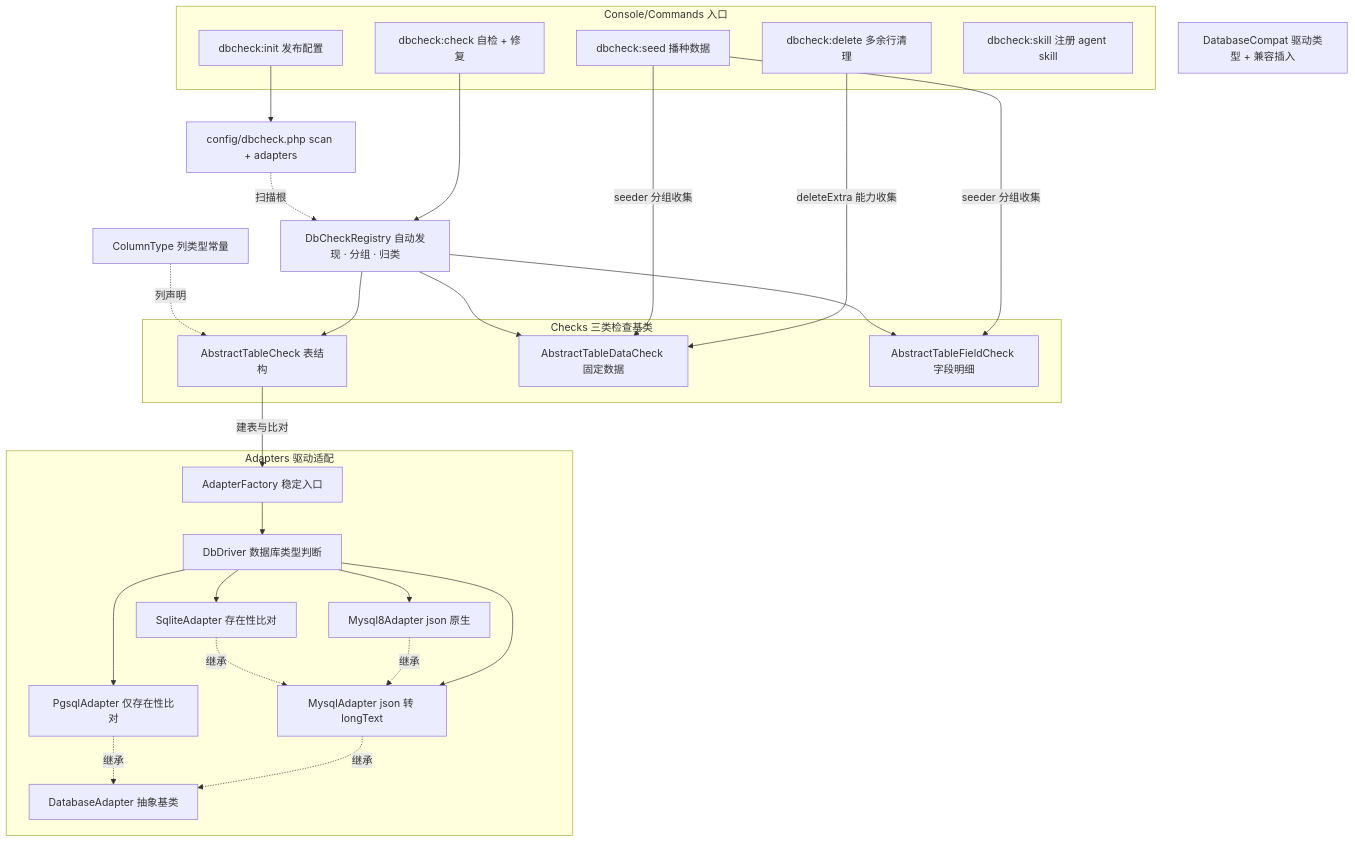
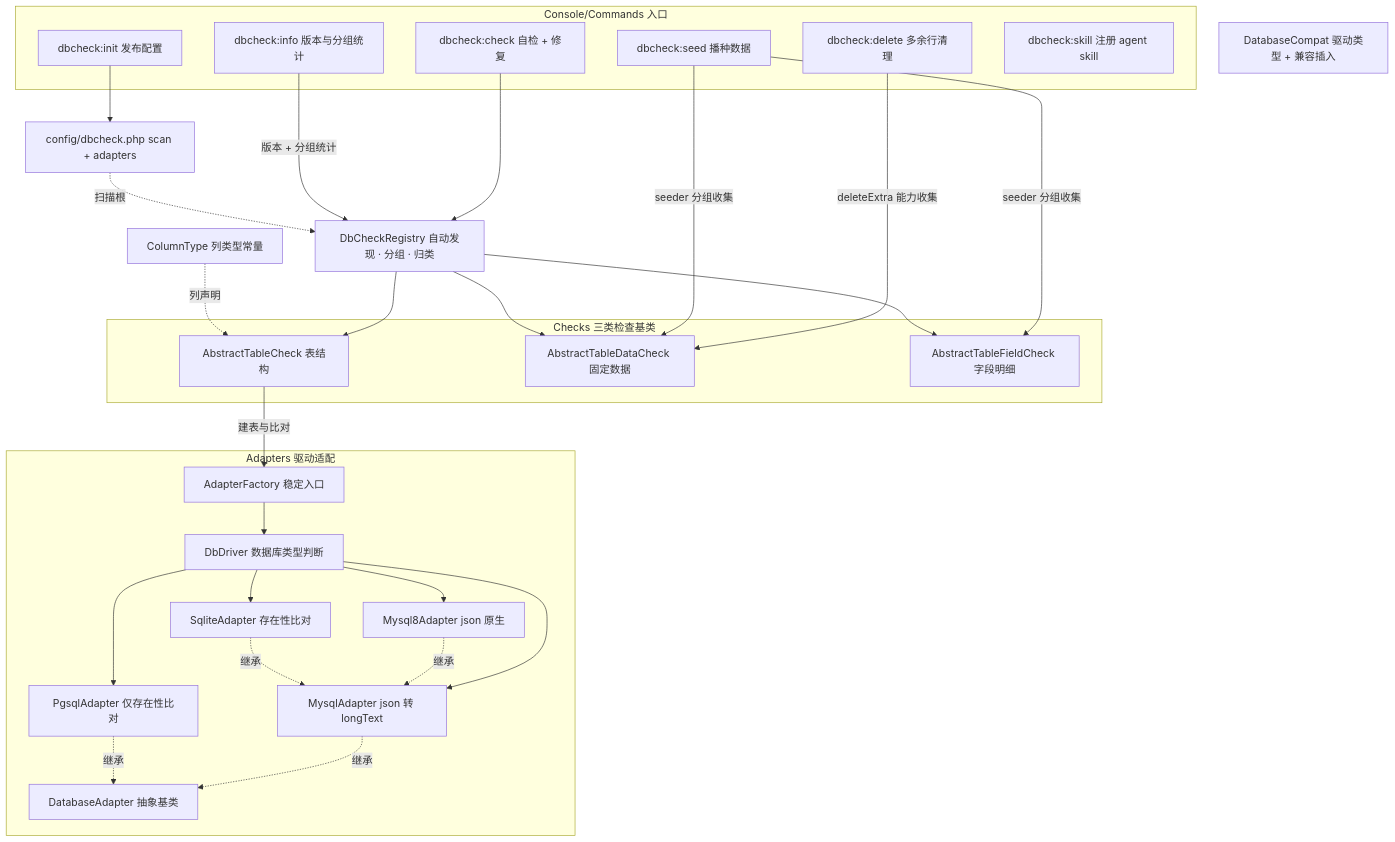
Before and after one commit to dongasai/dbcheck: the diagram in AGENTS.md, drawn with Mermaid. The commit also changed other lines of this file and 9 other files, not shown here.

First line of the commit message:
feat(dbcheck): 新增 dbcheck:info 命令（版本信息 + 检查器分组统计），发布 1.0.5

````diff
--- a/AGENTS.md
+++ b/AGENTS.md
@@ -11,50 +11,52 @@
 ```mermaid
 flowchart TD
     subgraph Commands["Console/Commands 入口"]
         CHECK["dbcheck:check 自检 + 修复"]
         DELETE["dbcheck:delete 多余行清理"]
         SEED["dbcheck:seed 播种数据"]
+        INFO["dbcheck:info 版本与分组统计"]
         INIT["dbcheck:init 发布配置"]
         SKILL["dbcheck:skill 注册 agent skill"]
     end
 
     REG["DbCheckRegistry 自动发现 · 分组 · 归类"]
 
     subgraph ChecksThree["Checks 三类检查基类"]
         TABLE["AbstractTableCheck 表结构"]
         DATA["AbstractTableDataCheck 固定数据"]
         FIELD["AbstractTableFieldCheck 字段明细"]
     end
 
     subgraph Adapters["Adapters 驱动适配"]
         FACTORY["AdapterFactory 稳定入口"]
         DBDRIVER["DbDriver 数据库类型判断"]
         M8["Mysql8Adapter json 原生"]
         MY["MysqlAdapter json 转 longText"]
         PG["PgsqlAdapter 仅存在性比对"]
         SQ["SqliteAdapter 存在性比对"]
         BASE["DatabaseAdapter 抽象基类"]
     end
 
     CFG["config/dbcheck.php scan + adapters"]
     CT["ColumnType 列类型常量"]
     COMPAT["DatabaseCompat 驱动类型 + 兼容插入"]
 
     CHECK --> REG
+    INFO -- 版本 + 分组统计 --> REG
     DELETE -- deleteExtra 能力收集 --> DATA
     SEED -- seeder 分组收集 --> DATA & FIELD
     REG --> TABLE & DATA & FIELD
     TABLE -- 建表与比对 --> FACTORY
     FACTORY --> DBDRIVER
     DBDRIVER --> M8
     DBDRIVER --> MY
     DBDRIVER --> PG
     DBDRIVER --> SQ
     M8 -. 继承 .-> MY
     MY -. 继承 .-> BASE
     PG -. 继承 .-> BASE
     SQ -. 继承 .-> MY
     INIT --> CFG
     CFG -. 扫描根 .-> REG
     CT -. 列声明 .-> TABLE
 ```
````
